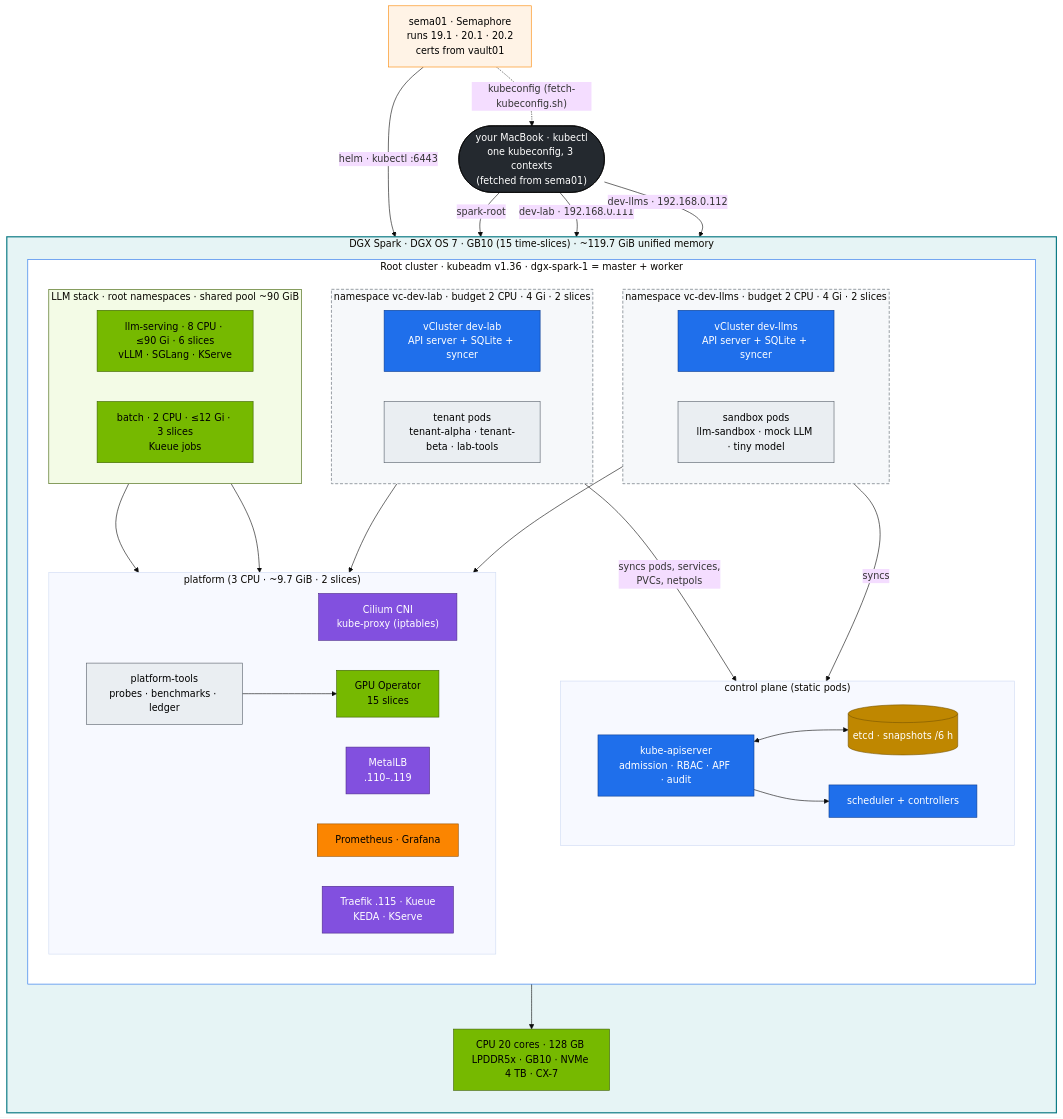
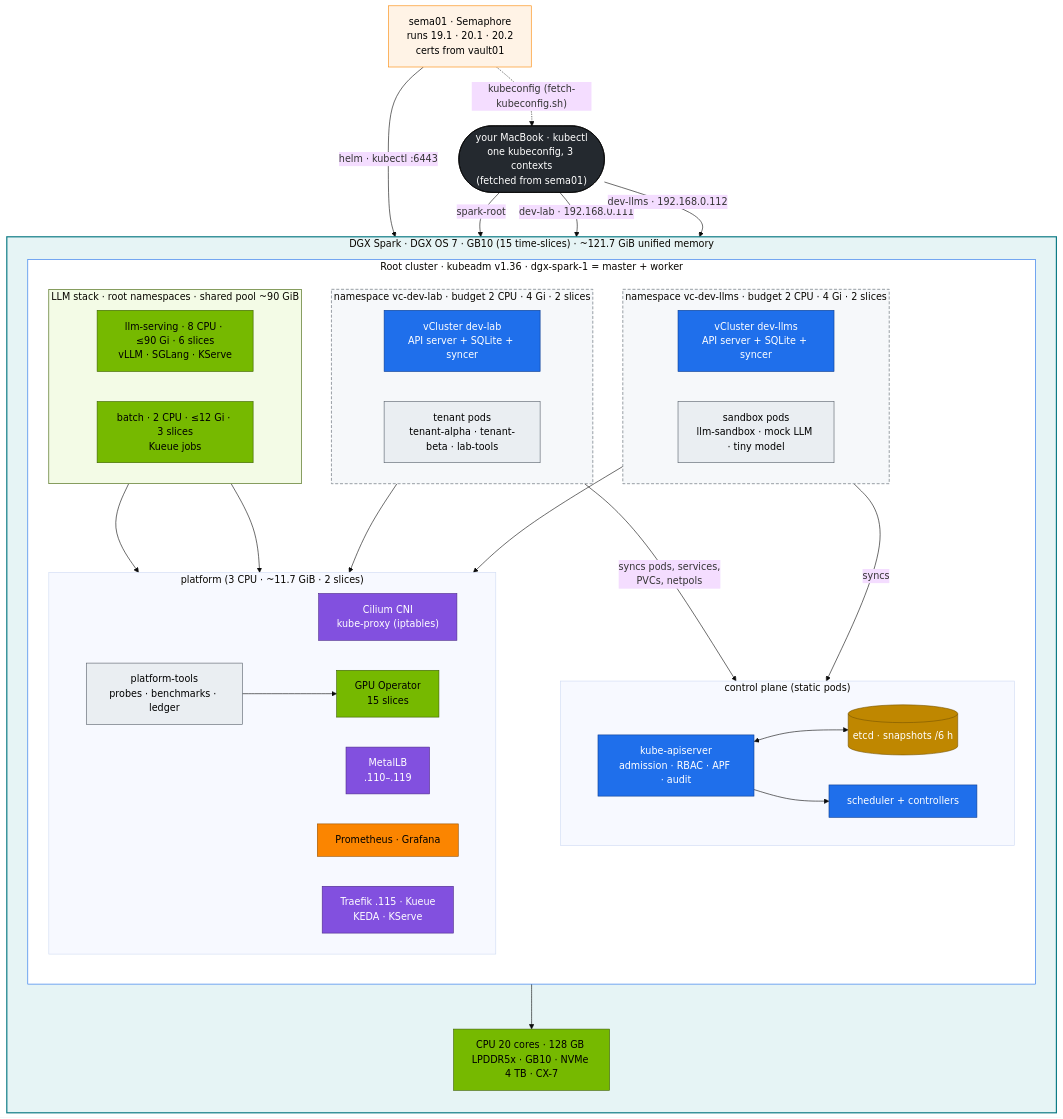
Before and after one commit to cloudone365/technical-depth: the first of 2 diagrams in 02-Kubernetes/04-nested-clusters-with-vcluster.md, drawn with Mermaid (base theme). The commit also changed other lines of this file and 23 other files, not shown here.

First line of the commit message:
Use the measured memory of dgx-spark-1: ~121.7 GiB (MemTotal 127598768 kB), not 119.7

````diff
--- a/02-Kubernetes/04-nested-clusters-with-vcluster.md
+++ b/02-Kubernetes/04-nested-clusters-with-vcluster.md
@@ -61,74 +61,74 @@
 ```mermaid
 flowchart TB
   ADMIN(["your MacBook · kubectl<br/>one kubeconfig, 3 contexts<br/>(fetched from sema01)"])
   SEMA["sema01 · Semaphore<br/>runs 19.1 · 20.1 · 20.2<br/>certs from vault01"]
   SEMA -. "kubeconfig (fetch-kubeconfig.sh)" .-> ADMIN
   SEMA -- "helm · kubectl :6443" --> RAPI
   ADMIN -- "spark-root" --> RAPI
   ADMIN -- "dev-lab · 192.168.0.111" --> DAPI
   ADMIN -- "dev-llms · 192.168.0.112" --> LAPI
-  subgraph SPARK["DGX Spark · DGX OS 7 · GB10 (15 time-slices) · ~119.7 GiB unified memory"]
+  subgraph SPARK["DGX Spark · DGX OS 7 · GB10 (15 time-slices) · ~121.7 GiB unified memory"]
     direction TB
     subgraph ROOT["Root cluster · kubeadm v1.36 · dgx-spark-1 = master + worker"]
       direction TB
       subgraph RCP["control plane (static pods)"]
         direction LR
         RAPI["kube-apiserver<br/>admission · RBAC · APF · audit"] <--> ETCD[("etcd · snapshots /6 h")]
         SCHED["scheduler + controllers"]
       end
-      subgraph PLAT["platform (3 CPU · ~9.7 GiB · 2 slices)"]
+      subgraph PLAT["platform (3 CPU · ~11.7 GiB · 2 slices)"]
         direction LR
         CIL["Cilium CNI<br/>kube-proxy (iptables)"]
         MLB["MetalLB<br/>.110–.119"]
         GPUOP["GPU Operator<br/>15 slices"]
         OBS["Prometheus · Grafana"]
         TOOLS["platform-tools<br/>probes · benchmarks · ledger"]
         LLMCTL["Traefik .115 · Kueue<br/>KEDA · KServe"]
       end
       subgraph LLM["LLM stack · root namespaces · shared pool ~90 GiB"]
         direction LR
         SERV["llm-serving · 8 CPU · ≤90 Gi · 6 slices<br/>vLLM · SGLang · KServe"]
         BATCH["batch · 2 CPU · ≤12 Gi · 3 slices<br/>Kueue jobs"]
       end
       subgraph VCD["namespace vc-dev-lab · budget 2 CPU · 4 Gi · 2 slices"]
         direction LR
         DAPI["vCluster dev-lab<br/>API server + SQLite + syncer"]
         DPODS["tenant pods<br/>tenant-alpha · tenant-beta · lab-tools"]
       end
       subgraph VCL["namespace vc-dev-llms · budget 2 CPU · 4 Gi · 2 slices"]
         direction LR
         LAPI["vCluster dev-llms<br/>API server + SQLite + syncer"]
         LPODS["sandbox pods<br/>llm-sandbox · mock LLM · tiny model"]
       end
     end
     HW["CPU 20 cores · 128 GB LPDDR5x · GB10 · NVMe 4 TB · CX-7"]
   end
   DAPI -- "syncs pods, services,<br/>PVCs, netpols" --> RAPI
   LAPI -- "syncs" --> RAPI
   RAPI --> SCHED
   SERV & BATCH & DPODS & LPODS & TOOLS --> GPUOP
   GPUOP --> HW
   classDef ctrl fill:#1f6feb,stroke:#0b3d91,color:#fff
   classDef net fill:#8250df,stroke:#4c2889,color:#fff
   classDef gpu fill:#76b900,stroke:#3d6000,color:#000
   classDef store fill:#bf8700,stroke:#7a5600,color:#fff
   classDef obs fill:#fb8500,stroke:#9a5200,color:#000
   classDef tenant fill:#eaeef2,stroke:#57606a,color:#000
   classDef ext fill:#24292f,stroke:#000,color:#fff
   class RAPI,SCHED,DAPI,LAPI ctrl
   class CIL,MLB net
   class GPUOP,HW gpu
   class ETCD store
   class OBS obs
   class LLMCTL net
   class SERV,BATCH gpu
   class DPODS,LPODS,TOOLS tenant
   class ADMIN ext
   classDef mgmt fill:#fff3e6,stroke:#fb8500,color:#000
   class SEMA mgmt
   style SPARK fill:#e6f4f5,stroke:#0e7c86,stroke-width:2px
   style ROOT fill:#ffffff,stroke:#1f6feb
   style LLM fill:#f3fbe6,stroke:#3d6000
   style VCD fill:#f6f8fa,stroke:#57606a,stroke-dasharray:5 3
   style VCL fill:#f6f8fa,stroke:#57606a,stroke-dasharray:5 3
 ```
````
